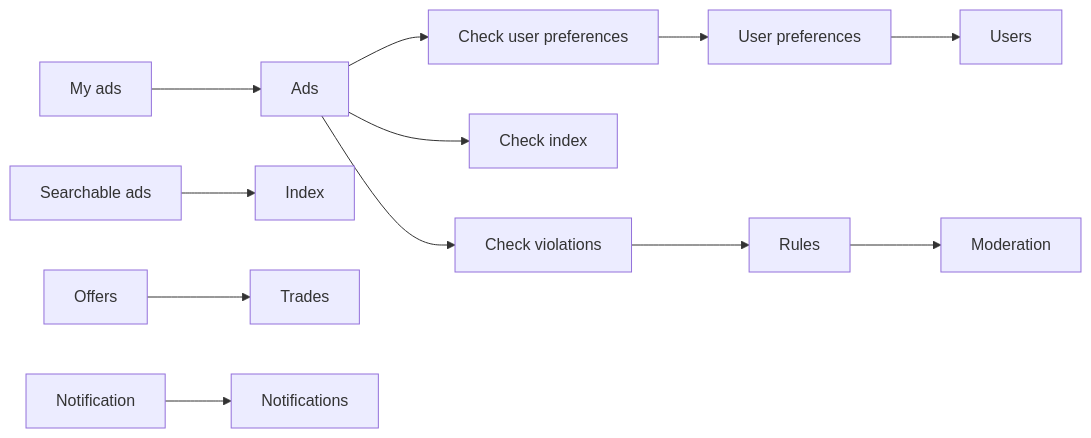
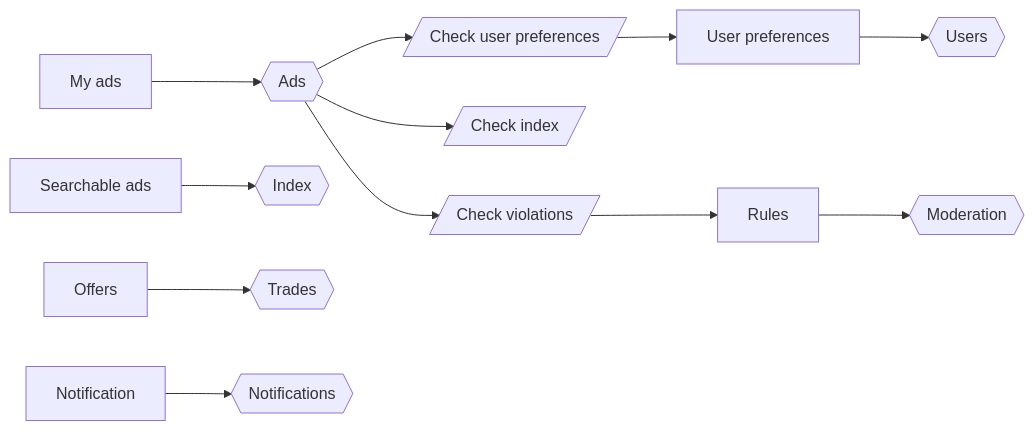
Before and after one commit to setms/book: the diagram in docs/examples/classifieds/index.md, drawn with Mermaid. The commit also changed other lines of this file and 9 other files, not shown here.

````diff
--- a/docs/examples/classifieds/index.md
+++ b/docs/examples/classifieds/index.md
@@ -56,30 +56,30 @@
 ```mermaid
 flowchart LR
-  CUP[Check user preferences]
+  CUP[/Check user preferences/]
   UP[User preferences]
-  U[Users]
-  A[Ads]
-  CI[Check index]
+  U{{Users}}
+  A{{Ads}}
+  CI[/Check index/]
   MA[My ads]
-  CV[Check violations]
+  CV[/Check violations/]
   RV[Rules]
-  R[Moderation]
+  R{{Moderation}}
   SA[Searchable ads]
-  I[Index]
+  I{{Index}}
   O[Offers]
-  T[Trades]
+  T{{Trades}}
   No[Notification]
-  N[Notifications]
+  N{{Notifications}}
 
   CUP --> UP
   A --> CUP
   A --> CI
   A --> CV
   CV --> RV
   RV --> R
   SA --> I
   No --> N
   O --> T
   UP --> U
   MA --> A
 ```
````
